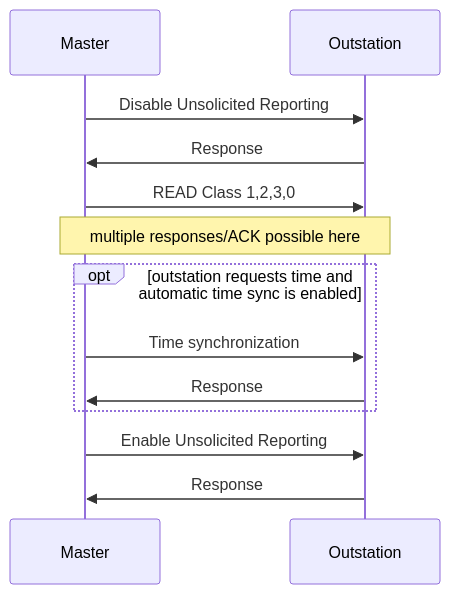
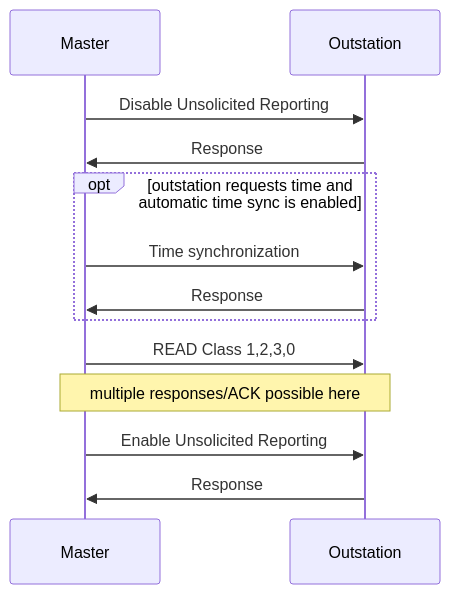
Before and after one commit to stepfunc/dnp3: the diagram in guide/docs/api/master/association_config.mdx, drawn with Mermaid. The commit also changed other lines of this file and 16 other files, not shown here.

````diff
--- a/guide/docs/api/master/association_config.mdx
+++ b/guide/docs/api/master/association_config.mdx
@@ -71,13 +71,13 @@
 ```mermaid
 sequenceDiagram
     Master->>Outstation: Disable Unsolicited Reporting;
     Outstation->>Master: Response;
-    Master->>Outstation: READ Class 1,2,3,0;
-    Note over Master,Outstation: multiple responses/ACK possible here;
     opt outstation requests time and automatic time sync is enabled
         Master->>Outstation: Time synchronization;
         Outstation->>Master: Response;
     end
+    Master->>Outstation: READ Class 1,2,3,0;
+    Note over Master,Outstation: multiple responses/ACK possible here;
     Master->>Outstation: Enable Unsolicited Reporting;
     Outstation->>Master: Response;
 ```
````
